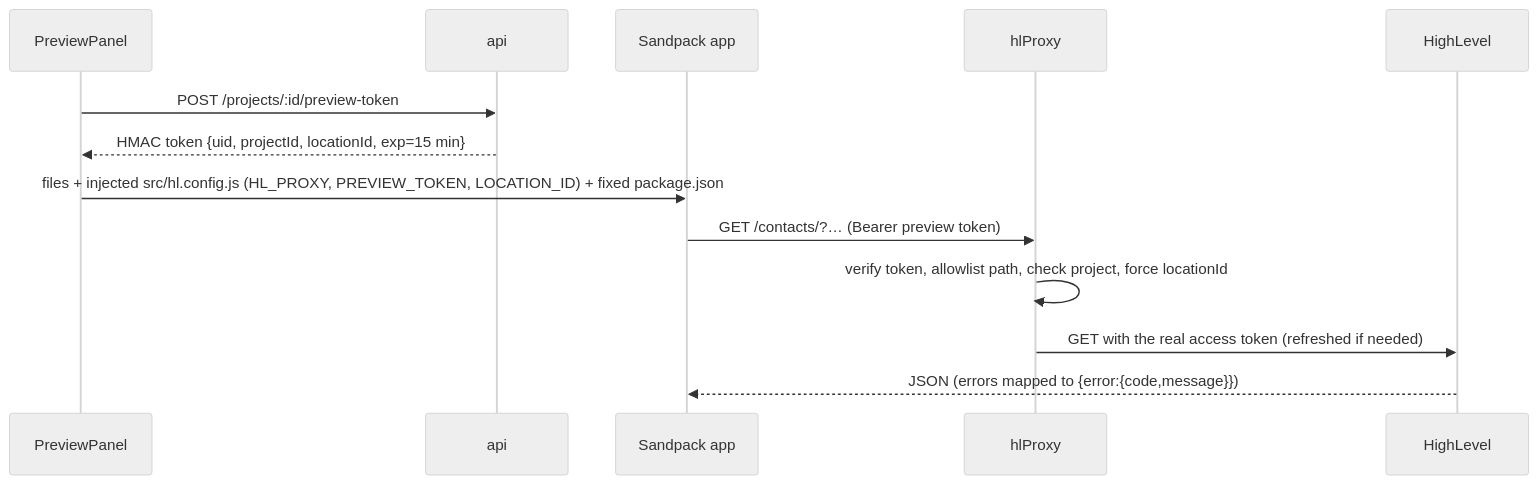
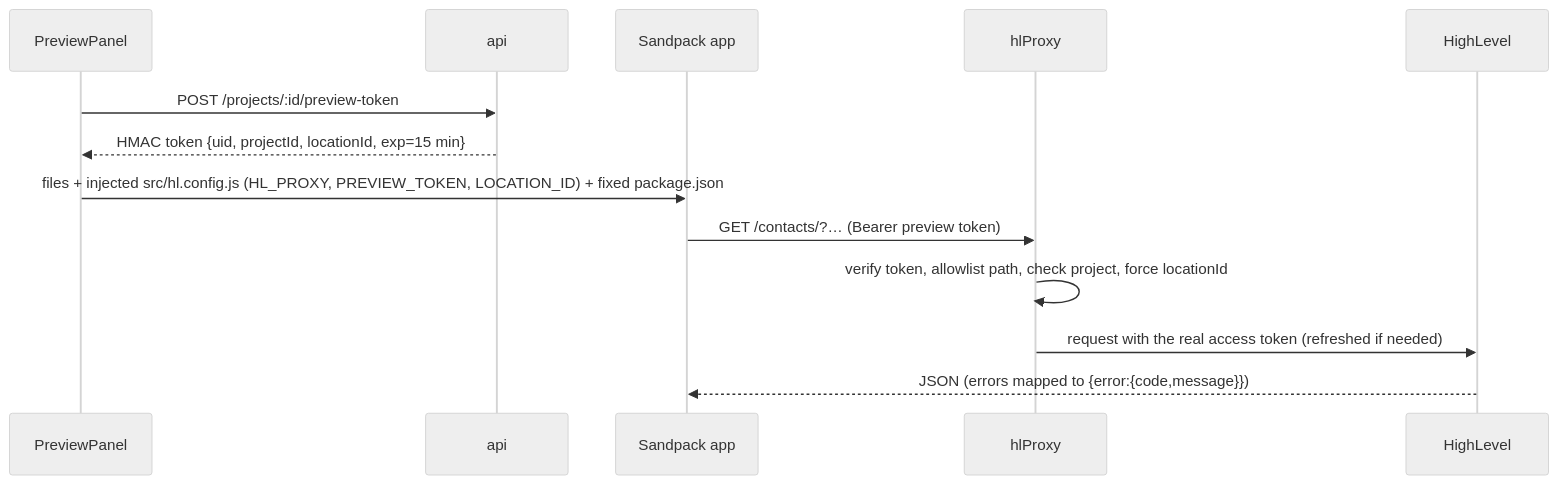
The sixth of 6 diagrams in docs/ARCHITECTURE.md (nirmalbenny/genesis), drawn with Mermaid (neutral theme) before and after one commit. The commit also changed other lines of this file and 13 other files, not shown here.

````diff
--- a/docs/ARCHITECTURE.md
+++ b/docs/ARCHITECTURE.md
@@ -556,15 +558,15 @@
 ```mermaid
 sequenceDiagram
   participant P as PreviewPanel
   participant API as api
   participant SB as Sandpack app
   participant PX as hlProxy
   participant HL as HighLevel
   P->>API: POST /projects/:id/preview-token
   API-->>P: HMAC token {uid, projectId, locationId, exp=15 min}
   P->>SB: files + injected src/hl.config.js (HL_PROXY, PREVIEW_TOKEN, LOCATION_ID) + fixed package.json
   SB->>PX: GET /contacts/?… (Bearer preview token)
   PX->>PX: verify token, allowlist path, check project, force locationId
-  PX->>HL: GET with the real access token (refreshed if needed)
+  PX->>HL: request with the real access token (refreshed if needed)
   HL-->>SB: JSON (errors mapped to {error:{code,message}})
 ```
````
